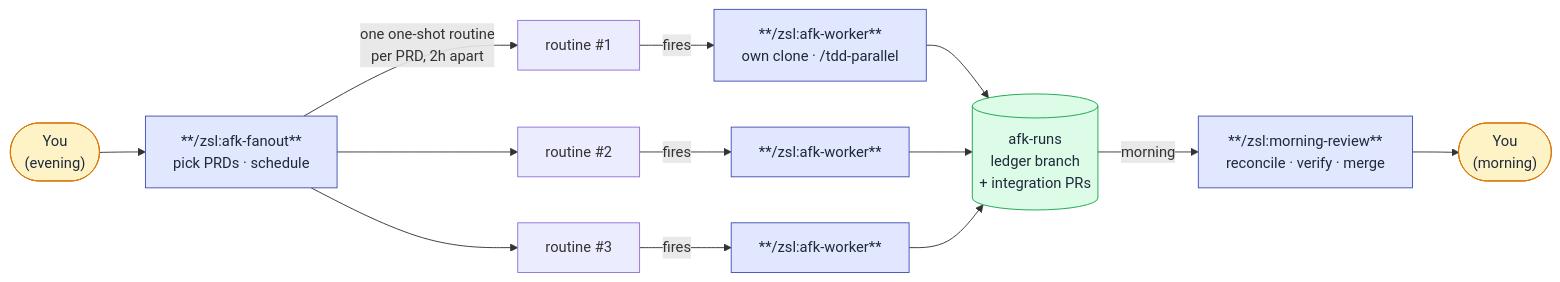
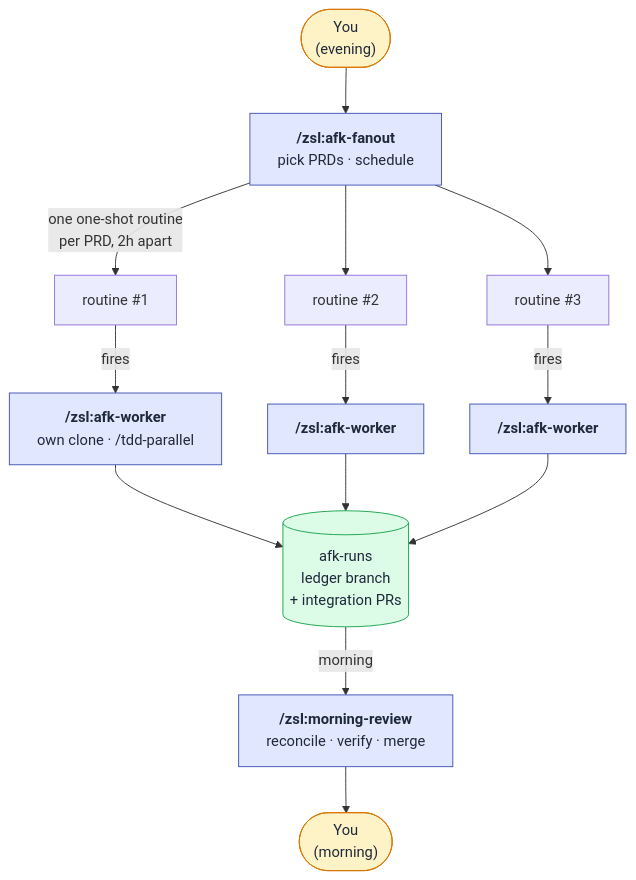
The first of 2 diagrams in docs/remote-agents.md (ZunoSmartLabs/zsl-superpowers), drawn with Mermaid before and after one commit. The commit also changed 7 other files, not shown here.

First line of the commit message:
docs: fix dark-mode mermaid diagrams (legibility + bold labels + layout)

````diff
--- a/docs/remote-agents.md
+++ b/docs/remote-agents.md
@@ -17,22 +17,22 @@
 ```mermaid
-flowchart LR
-    you(["You<br/>(evening)"]) --> fanout["**/zsl:afk-fanout**<br/>pick PRDs · schedule"]
+flowchart TB
+    you(["You<br/>(evening)"]) --> fanout["`**/zsl:afk-fanout**<br/>pick PRDs · schedule`"]
     fanout -->|"one one-shot routine<br/>per PRD, 2h apart"| r1["routine #1"]
     fanout --> r2["routine #2"]
     fanout --> r3["routine #3"]
-    r1 -->|"fires"| w1["**/zsl:afk-worker**<br/>own clone · /tdd-parallel"]
-    r2 -->|"fires"| w2["**/zsl:afk-worker**"]
-    r3 -->|"fires"| w3["**/zsl:afk-worker**"]
+    r1 -->|"fires"| w1["`**/zsl:afk-worker**<br/>own clone · /tdd-parallel`"]
+    r2 -->|"fires"| w2["`**/zsl:afk-worker**`"]
+    r3 -->|"fires"| w3["`**/zsl:afk-worker**`"]
     w1 --> ledger[("afk-runs<br/>ledger branch<br/>+ integration PRs")]
     w2 --> ledger
     w3 --> ledger
-    ledger -->|"morning"| review["**/zsl:morning-review**<br/>reconcile · verify · merge"]
+    ledger -->|"morning"| review["`**/zsl:morning-review**<br/>reconcile · verify · merge`"]
     review --> human(["You<br/>(morning)"])
 
     classDef skill fill:#e0e7ff,stroke:#3f51b5,color:#1e293b;
     classDef artifact fill:#dcfce7,stroke:#16a34a,color:#1e293b;
     classDef person fill:#fef3c7,stroke:#d97706,color:#1e293b;
     class fanout,w1,w2,w3,review skill;
     class ledger artifact;
     class you,human person;
 ```
````
